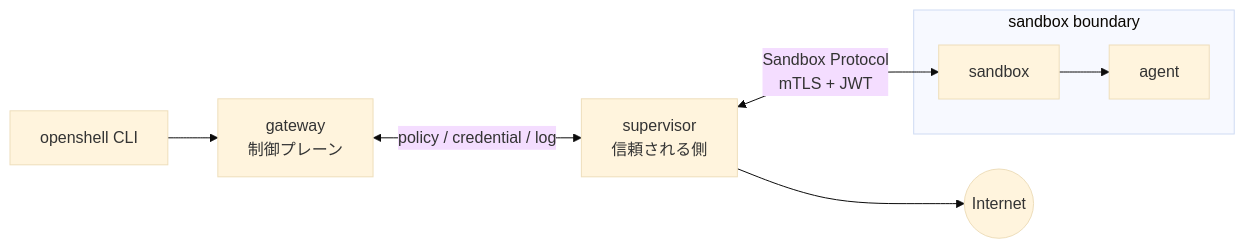
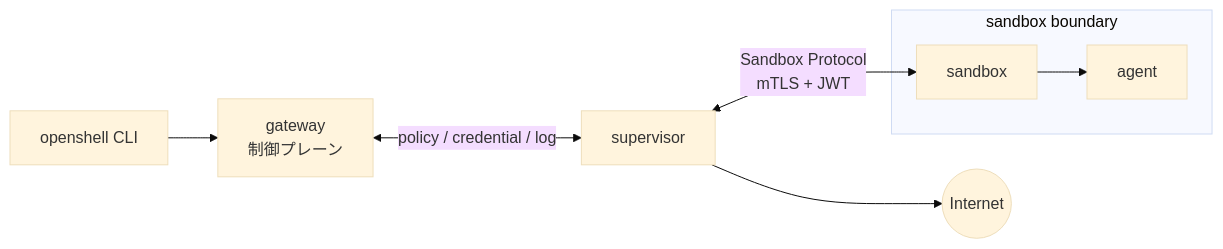
Before and after one commit to jedipunkz/jedipunkz.github.io: the diagram in content/post/openshell.md, drawn with Mermaid (base theme). The commit also changed other lines of this file, not shown here.

Commit message:
docs: show policy files before each scenario in OpenShell post

````diff
--- a/content/post/openshell.md
+++ b/content/post/openshell.md
@@ -37,10 +37,10 @@
 ```mermaid
 flowchart LR
   CLI[openshell CLI] --> GW[gateway<br/>制御プレーン]
-  GW <-- policy / credential / log --> SV[supervisor<br/>信頼される側]
+  GW <-- policy / credential / log --> SV[supervisor]
   subgraph boundary[sandbox boundary]
     SB[sandbox] --> AG[agent]
   end
   SV <-- Sandbox Protocol<br/>mTLS + JWT --> SB
   SV --> NET((Internet))
 ```
````
